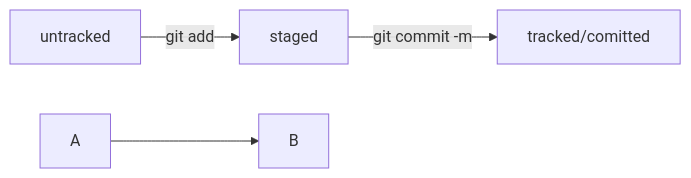
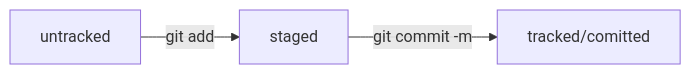
Before and after one commit to Kanava812/about-Git: the diagram in README.md, drawn with Mermaid. The commit also changed other lines of this file, not shown here.

````diff
--- a/README.md
+++ b/README.md
@@ -46,8 +43,7 @@
 ```mermaid
 graph LR;
   untracked -- "git add" --> staged;
   staged    -- "git commit -m "     --> tracked/comitted;
 
-%% стрелка без текста для примера: 
-  A --> B;
+
 ``` 
````
